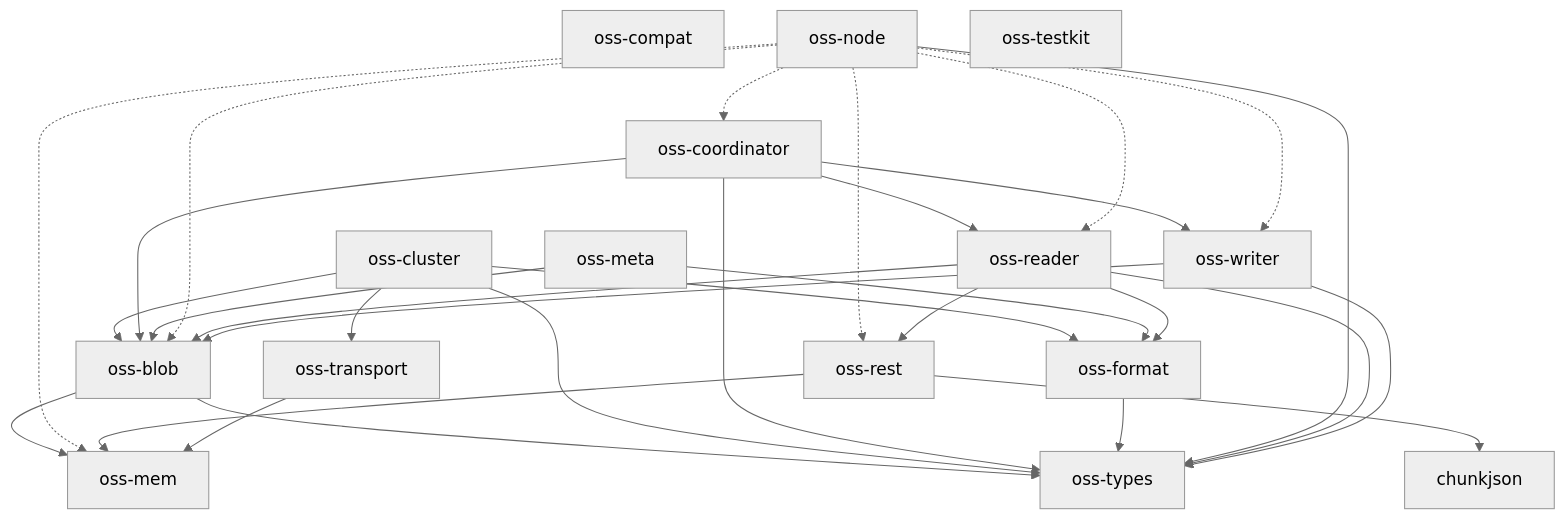
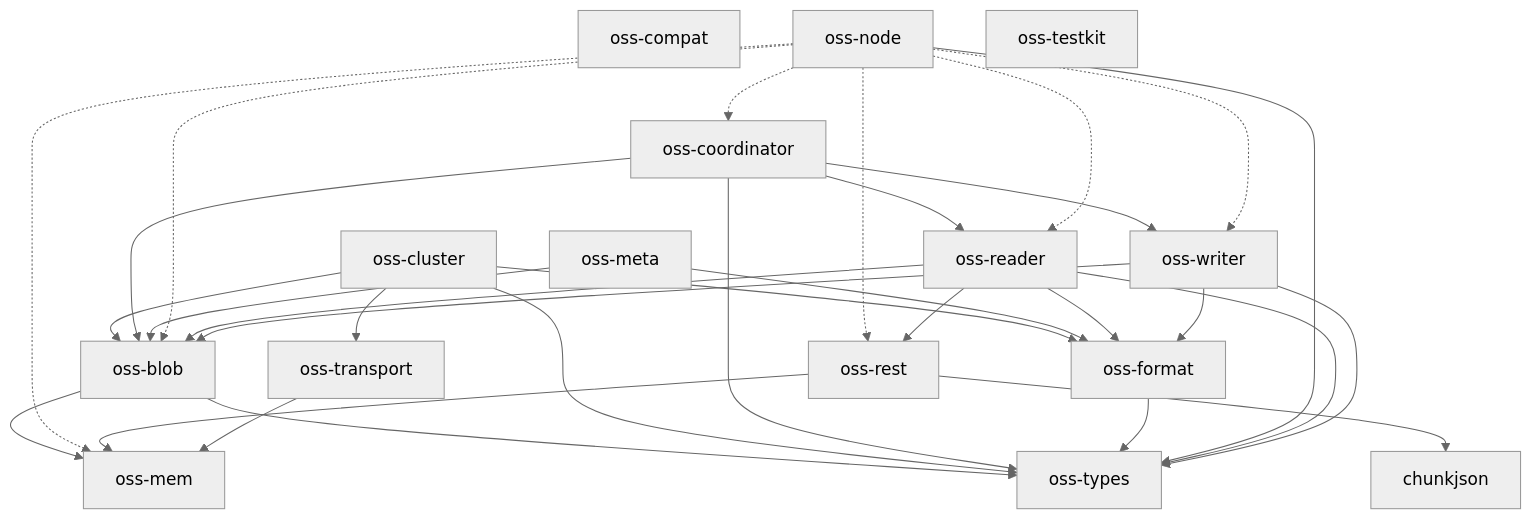
Before and after one commit to huyz0/opensearch-serverless: the diagram in docs/architecture.md, drawn with Mermaid (neutral theme). The commit also changed 15 other files, not shown here.

````diff
--- a/docs/architecture.md
+++ b/docs/architecture.md
@@ -10,37 +10,38 @@
 ```mermaid
 graph TD
     chunkjson
     oss-blob --> oss-mem
     oss-blob --> oss-types
     oss-cluster --> oss-blob
     oss-cluster --> oss-format
     oss-cluster --> oss-transport
     oss-cluster --> oss-types
     oss-compat
     oss-coordinator --> oss-blob
     oss-coordinator --> oss-reader
     oss-coordinator --> oss-types
     oss-coordinator --> oss-writer
     oss-format --> oss-types
     oss-mem
     oss-meta --> oss-blob
     oss-meta --> oss-format
     oss-node -.-> oss-blob
     oss-node -.-> oss-coordinator
     oss-node -.-> oss-mem
     oss-node -.-> oss-reader
     oss-node -.-> oss-rest
     oss-node --> oss-types
     oss-node -.-> oss-writer
     oss-reader --> oss-blob
     oss-reader --> oss-format
     oss-reader --> oss-rest
     oss-reader --> oss-types
     oss-rest --> chunkjson
     oss-rest --> oss-mem
     oss-testkit
     oss-transport --> oss-mem
     oss-types
     oss-writer --> oss-blob
+    oss-writer --> oss-format
     oss-writer --> oss-types
 ```
````
